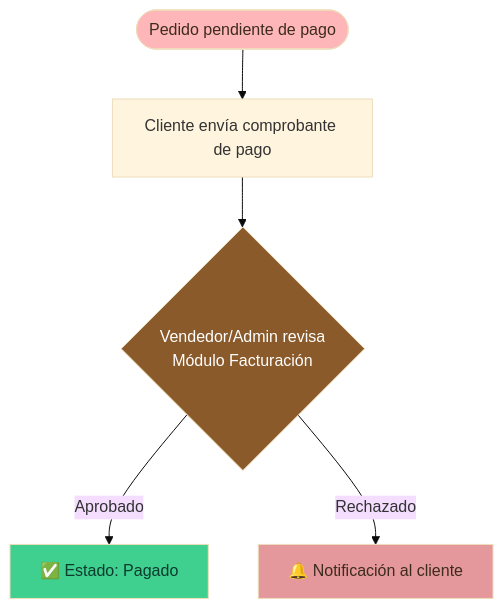
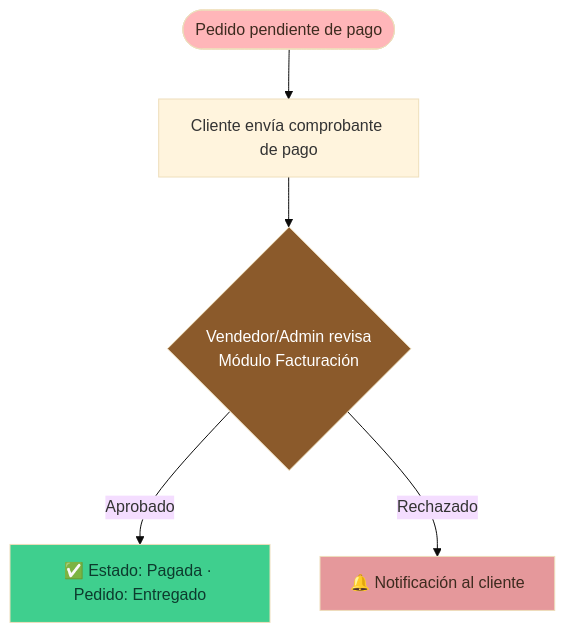
One commit to 19Yisus22/WEB_D.ANTOJITOS-VS_2026 changed the second of 4 diagrams in README.md. Above: the diagram before and after it, drawn with Mermaid (base theme). The commit also changed other lines of this file and 66 other files, not shown here.

````diff
--- a/README.md
+++ b/README.md
@@ -137,12 +137,12 @@
 ```mermaid
 flowchart TD
     A([Pedido pendiente de pago]) --> B[Cliente envía comprobante de pago]
     B --> C{Vendedor/Admin revisa<br/>Módulo Facturación}
-    C -->|Aprobado| D["✅ Estado: Pagado"]
+    C -->|Aprobado| D["✅ Estado: Pagada · Pedido: Entregado"]
     C -->|Rechazado| E["🔔 Notificación al cliente"]
 
     style A fill:#FFB6B9,color:#3d2b1f
     style C fill:#8B5A2B,color:#fff
     style D fill:#3FCF8E,color:#0d3b2e
     style E fill:#E5989B,color:#3d2b1f
 ```
````
